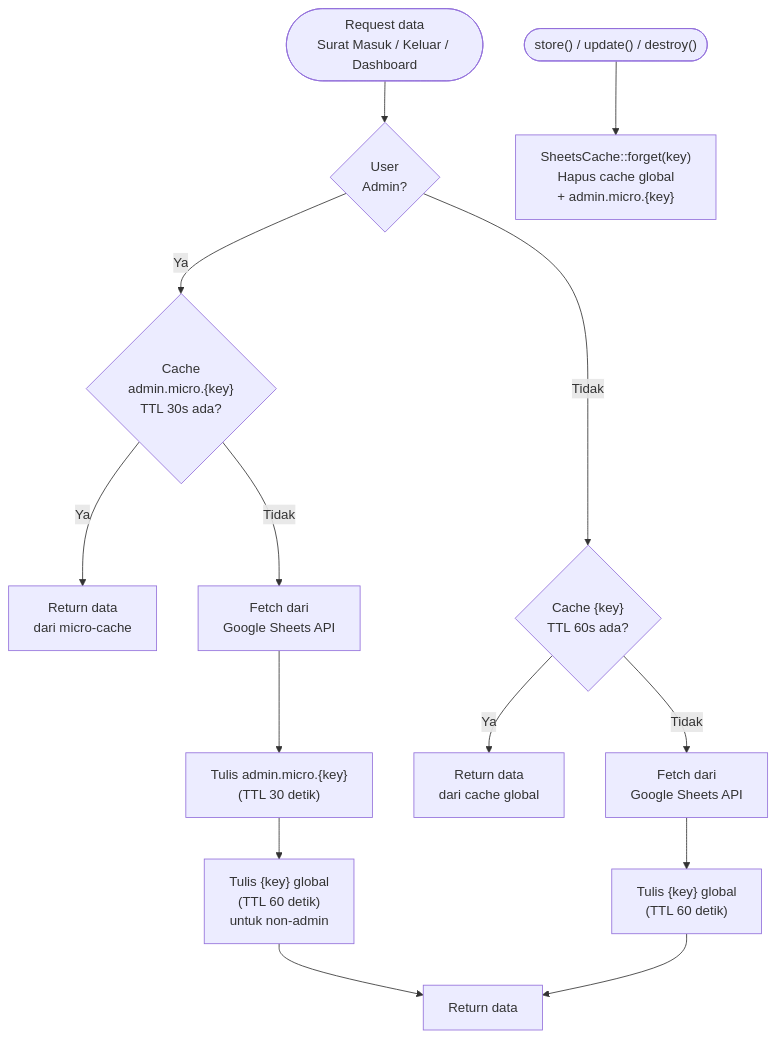
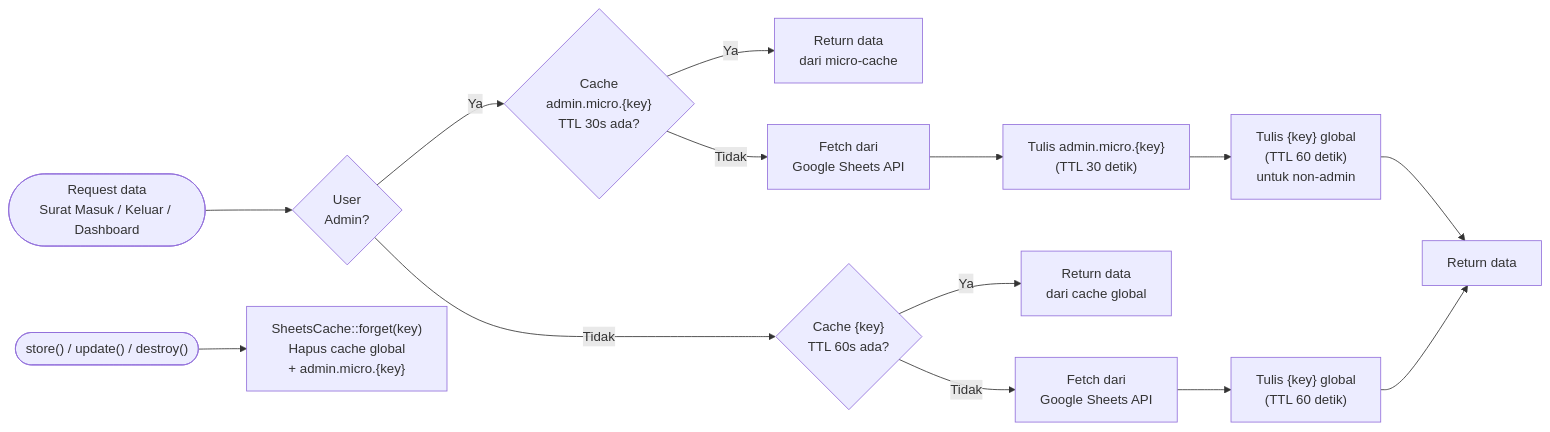
One commit to Rpl087/PROJECT-MAGANG changed the fourth of 6 diagrams in README.md. Above: the diagram before and after it, drawn with Mermaid. The commit also changed other lines of this file, not shown here.

````diff
--- a/README.md
+++ b/README.md
@@ -385,19 +385,19 @@
 ```mermaid
-flowchart TD
+flowchart LR
     Req(["Request data\nSurat Masuk / Keluar / Dashboard"]) --> IsAdmin{"User\nAdmin?"}
 
     IsAdmin -- Ya --> CheckMicro{"Cache\nadmin.micro.{key}\nTTL 30s ada?"}
     CheckMicro -- Ya --> ReturnMicro["Return data\ndari micro-cache"]
     CheckMicro -- Tidak --> FetchSheets["Fetch dari\nGoogle Sheets API"]
     FetchSheets --> WriteMicro["Tulis admin.micro.{key}\n(TTL 30 detik)"]
     WriteMicro --> WriteGlobal["Tulis {key} global\n(TTL 60 detik)\nuntuk non-admin"]
     WriteGlobal --> ReturnData["Return data"]
 
     IsAdmin -- Tidak --> CheckGlobal{"Cache {key}\nTTL 60s ada?"}
     CheckGlobal -- Ya --> ReturnGlobal["Return data\ndari cache global"]
     CheckGlobal -- Tidak --> FetchSheets2["Fetch dari\nGoogle Sheets API"]
     FetchSheets2 --> WriteGlobal2["Tulis {key} global\n(TTL 60 detik)"]
     WriteGlobal2 --> ReturnData
 
     StoreUpdate(["store() / update() / destroy()"]) --> ForgetAll["SheetsCache::forget(key)\nHapus cache global\n+ admin.micro.{key}"]
 ```
````
